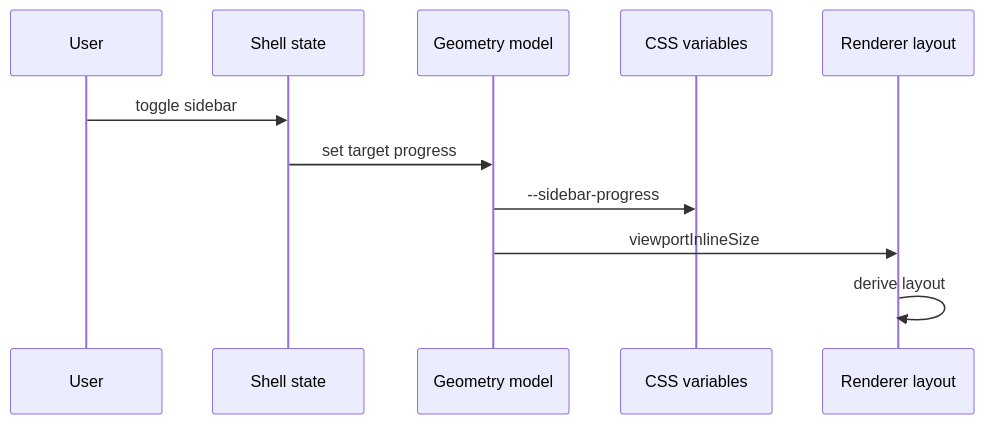
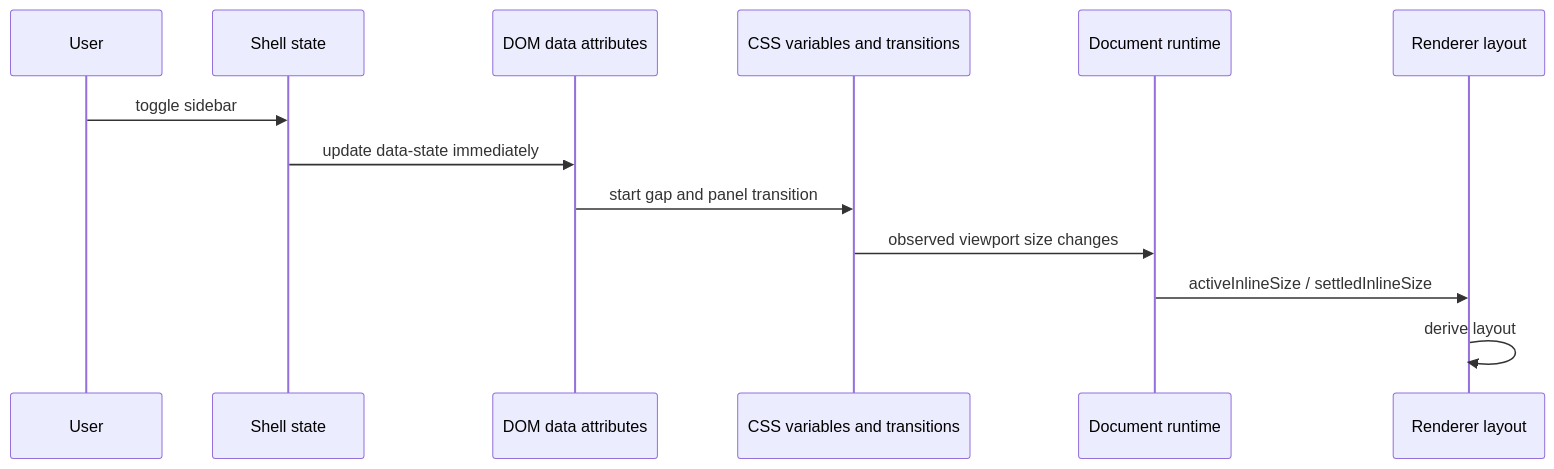
Before and after one commit to retab-dev/retab-ui: the tenth of 26 diagrams in design/universal-file-viewer-greenfield-blueprint.md, drawn with Mermaid. The commit also changed other lines of this file, not shown here.

````diff
--- a/design/universal-file-viewer-greenfield-blueprint.md
+++ b/design/universal-file-viewer-greenfield-blueprint.md
@@ -397,14 +409,16 @@
 ```mermaid
 sequenceDiagram
   participant User
   participant Shell as Shell state
-  participant Geometry as Geometry model
-  participant CSS as CSS variables
+  participant DOM as DOM data attributes
+  participant CSS as CSS variables and transitions
+  participant Runtime as Document runtime
   participant Renderer as Renderer layout
 
   User->>Shell: toggle sidebar
-  Shell->>Geometry: set target progress
-  Geometry->>CSS: --sidebar-progress
-  Geometry->>Renderer: viewportInlineSize
+  Shell->>DOM: update data-state immediately
+  DOM->>CSS: start gap and panel transition
+  CSS->>Runtime: observed viewport size changes
+  Runtime->>Renderer: activeInlineSize / settledInlineSize
   Renderer->>Renderer: derive layout
 ```
````
